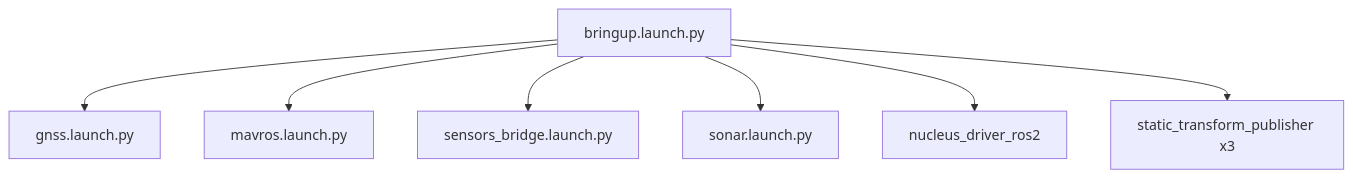
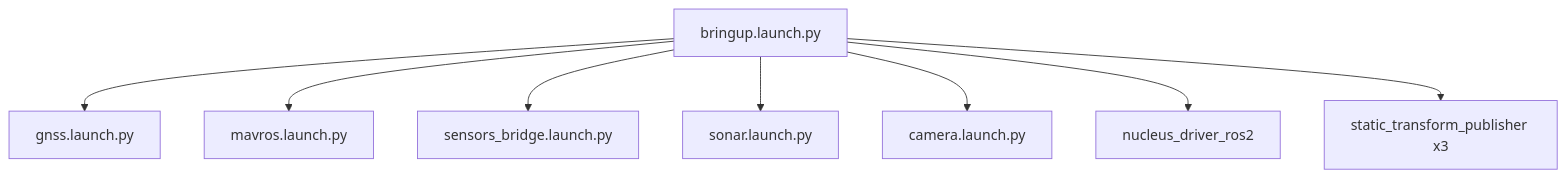
Before and after one commit to PinchyFamily/mr_pinchy_bringup: the diagram in README.md, drawn with Mermaid. The commit also changed other lines of this file and 6 other files, not shown here.

First line of the commit message:
Fold the exploreHD camera into bringup

````diff
--- a/README.md
+++ b/README.md
@@ -37,10 +38,11 @@
 ```mermaid
 flowchart TD
     bringup[bringup.launch.py]
     bringup --> gnss[gnss.launch.py]
     bringup --> mavros[mavros.launch.py]
     bringup --> bridges[sensors_bridge.launch.py]
     bringup --> sonar[sonar.launch.py]
+    bringup --> camera[camera.launch.py]
     bringup --> nucleusExt[nucleus_driver_ros2]
     bringup --> staticTF["static_transform_publisher x3"]
 ```
````
